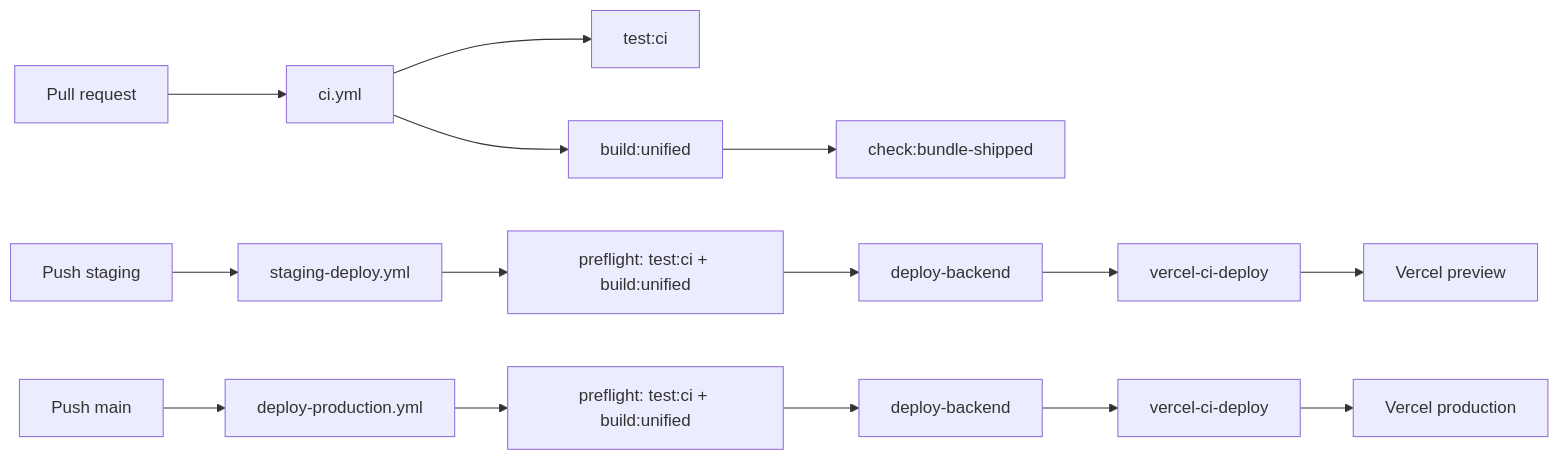
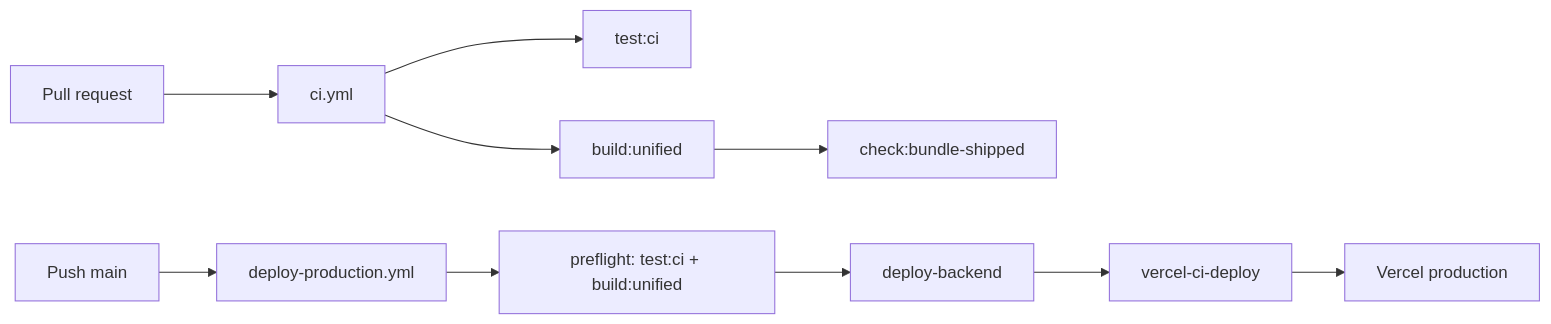
Before and after one commit to Angelguirao/holzen: the second of 2 diagrams in docs/ops/marketing-site-split.md, drawn with Mermaid. The commit also changed other lines of this file and 34 other files, not shown here.

````diff
--- a/docs/ops/marketing-site-split.md
+++ b/docs/ops/marketing-site-split.md
@@ -252,20 +252,14 @@
 ```mermaid
 flowchart LR
   PR[Pull request] --> CI[ci.yml]
   CI --> T[test:ci]
   CI --> B[build:unified]
   B --> BS[check:bundle-shipped]
 
-  STG[Push staging] --> SD[staging-deploy.yml]
-  SD --> PF[preflight: test:ci + build:unified]
-  PF --> BE[deploy-backend]
-  BE --> FE[vercel-ci-deploy]
-
   MAIN[Push main] --> PD[deploy-production.yml]
   PD --> PF2[preflight: test:ci + build:unified]
   PF2 --> BE2[deploy-backend]
   BE2 --> FE2[vercel-ci-deploy]
 
-  FE --> V[Vercel preview]
   FE2 --> VP[Vercel production]
 ```
````
